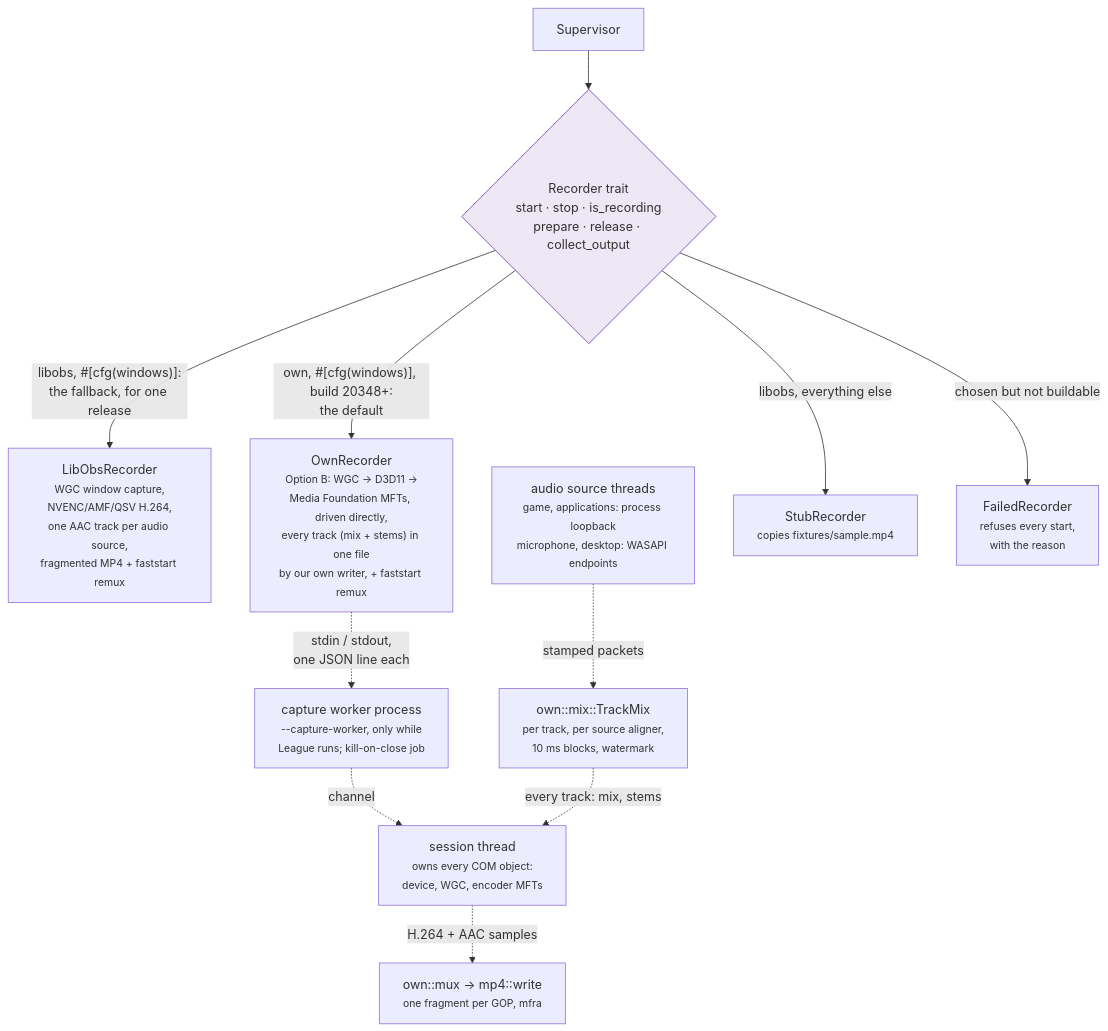
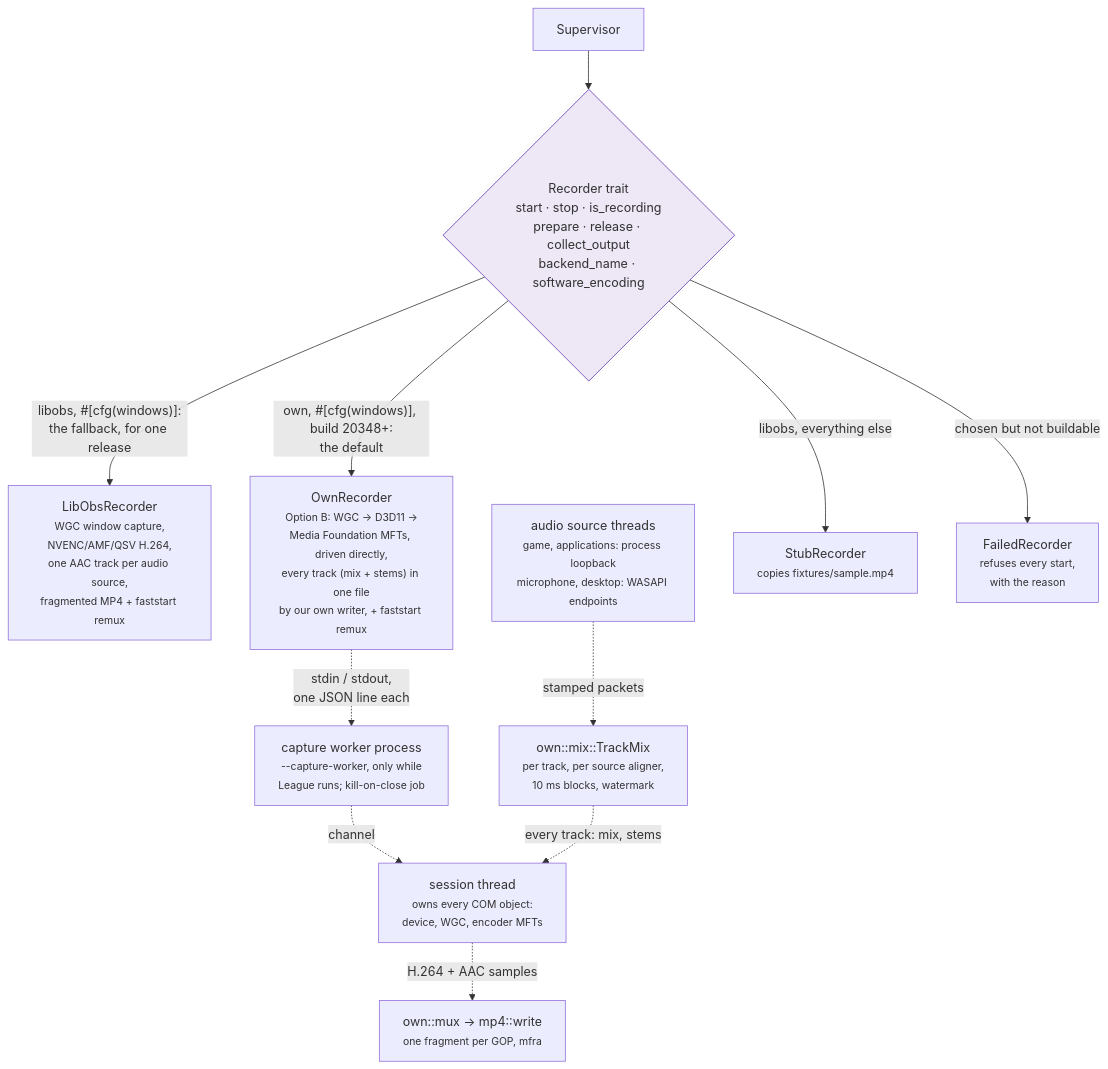
The third of 10 diagrams in docs/architecture.md (NinjaGoldfinch/ninja-recorder), drawn with Mermaid before and after one commit. The commit also changed other lines of this file and 17 other files, not shown here.

First line of the commit message:
feat(settings): show a notice when the own backend encodes in software

````diff
--- a/docs/architecture.md
+++ b/docs/architecture.md
@@ -163,14 +163,14 @@
 ```mermaid
 flowchart TB
-    SUP["Supervisor"] --> T{"Recorder trait<br/>start · stop · is_recording<br/>prepare · release · collect_output"}
+    SUP["Supervisor"] --> T{"Recorder trait<br/>start · stop · is_recording<br/>prepare · release · collect_output<br/>backend_name · software_encoding"}
     T -->|"libobs, #[cfg(windows)]:<br/>the fallback, for one release"| L["LibObsRecorder<br/><small>WGC window capture,<br/>NVENC/AMF/QSV H.264,<br/>one AAC track per audio source,<br/>fragmented MP4 + faststart remux</small>"]
     T -->|"own, #[cfg(windows)], build 20348+:<br/>the default"| O["OwnRecorder<br/><small>Option B: WGC → D3D11 →<br/>Media Foundation MFTs, driven directly,<br/>every track (mix + stems) in one file<br/>by our own writer, + faststart remux</small>"]
     O -.->|"stdin / stdout,<br/>one JSON line each"| WK["capture worker process<br/><small>--capture-worker, only while<br/>League runs; kill-on-close job</small>"]
     WK -.->|"channel"| SES["session thread<br/><small>owns every COM object:<br/>device, WGC, encoder MFTs</small>"]
     AUD["audio source threads<br/><small>game, applications: process loopback<br/>microphone, desktop: WASAPI endpoints</small>"] -.->|"stamped packets"| MIX["own::mix::TrackMix<br/><small>per track, per source aligner,<br/>10 ms blocks, watermark</small>"]
     MIX -.->|"every track: mix, stems"| SES
     SES -.->|"H.264 + AAC samples"| MUX["own::mux → mp4::write<br/><small>one fragment per GOP, mfra</small>"]
     T -->|"libobs, everything else"| S["StubRecorder<br/><small>copies fixtures/sample.mp4</small>"]
     T -->|"chosen but not buildable"| F["FailedRecorder<br/><small>refuses every start,<br/>with the reason</small>"]
     style T fill:#ede7f6,stroke:#5e35b1
 ```
````
